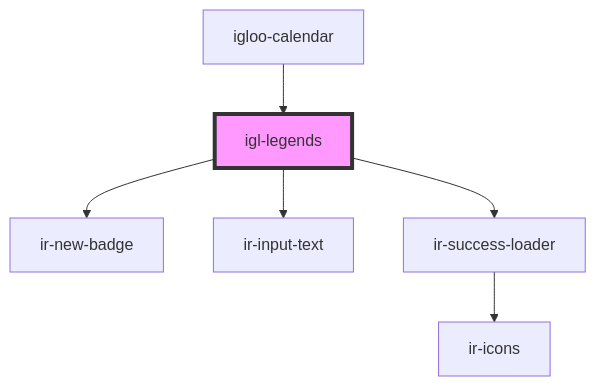
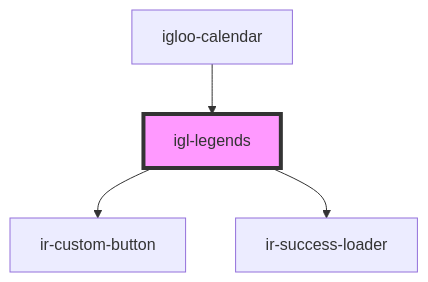
One commit to RonyRizk/ir-webcmp changed the diagram in src/components/igloo-calendar/igl-legends/readme.md. Above: the diagram before and after it, drawn with Mermaid. The commit also changed other lines of this file and 235 other files, not shown here.

````diff
--- a/src/components/igloo-calendar/igl-legends/readme.md
+++ b/src/components/igloo-calendar/igl-legends/readme.md
@@ -35,9 +34,7 @@
 ```mermaid
 graph TD;
-  igl-legends --> ir-new-badge
-  igl-legends --> ir-input-text
+  igl-legends --> ir-custom-button
   igl-legends --> ir-success-loader
-  ir-success-loader --> ir-icons
   igloo-calendar --> igl-legends
   style igl-legends fill:#f9f,stroke:#333,stroke-width:4px
 ```
````
